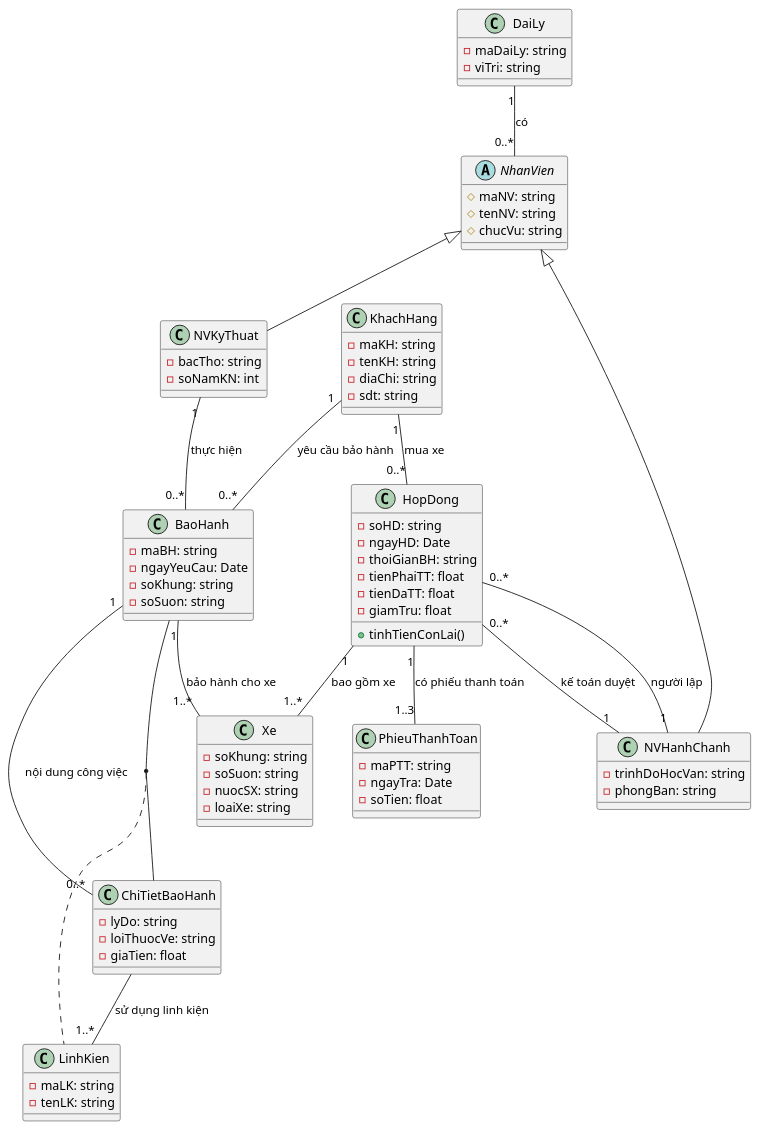
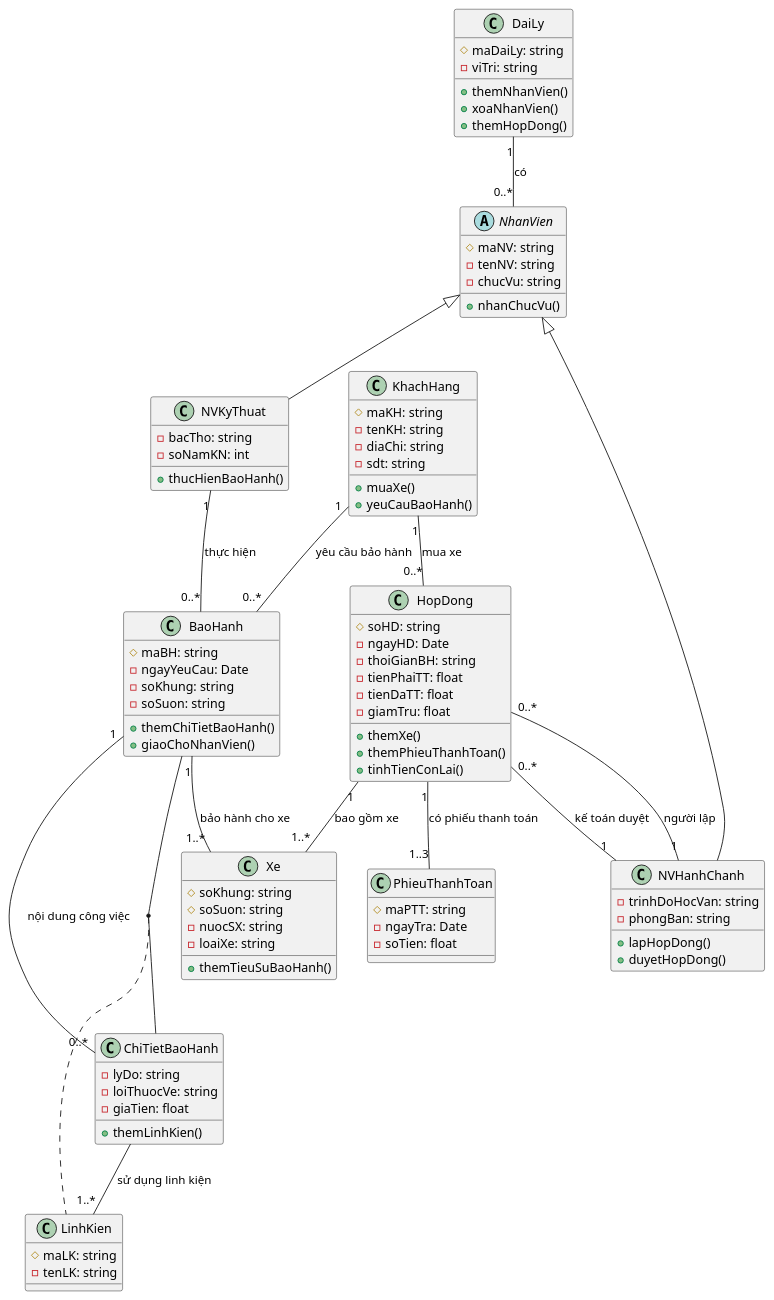
One commit to leanhvu21042001/LT.K2025.2-CNTT changed the diagram in uit/courses/IE103/exercises/BTQT2/assets/BTQT2_bai2-CD.puml. Above: the diagram before and after it, drawn with PlantUML.

```diff
--- a/uit/courses/IE103/exercises/BTQT2/assets/BTQT2_bai2-CD.puml
+++ b/uit/courses/IE103/exercises/BTQT2/assets/BTQT2_bai2-CD.puml
@@ -1,91 +1,106 @@
 @startuml
 
 ''skinparam classAttributeIconSize 0
 skinparam defaultFontName "Iosevka"
 
 class DaiLy {
-  - maDaiLy: string
+  # maDaiLy: string
   - viTri: string
+  + themNhanVien()
+  + xoaNhanVien()
+  + themHopDong()
 }
 
 ' --- Inheritance ---
 abstract class NhanVien {
   # maNV: string
-  # tenNV: string
-  # chucVu: string
+  - tenNV: string
+  - chucVu: string
+  + nhanChucVu()
 }
 class NVHanhChanh extends NhanVien {
   - trinhDoHocVan: string
   - phongBan: string
+  + lapHopDong()
+  + duyetHopDong()
 }
 class NVKyThuat extends NhanVien {
   - bacTho: string
   - soNamKN: int
+  + thucHienBaoHanh()
 }
 ' ------------------
 
 class KhachHang {
-  - maKH: string
+  # maKH: string
   - tenKH: string
   - diaChi: string
   - sdt: string
+  + muaXe()
+  + yeuCauBaoHanh()
 }
 
 class HopDong {
-  - soHD: string
+  # soHD: string
   - ngayHD: Date
   - thoiGianBH: string
   - tienPhaiTT: float
   - tienDaTT: float
   - giamTru: float
+  + themXe()
+  + themPhieuThanhToan()
   + tinhTienConLai()
 }
 
 class Xe {
-  - soKhung: string
-  - soSuon: string
+  # soKhung: string
+  # soSuon: string
   - nuocSX: string
   - loaiXe: string
+  + themTieuSuBaoHanh()
 }
 
 class PhieuThanhToan {
-  - maPTT: string
+  # maPTT: string
   - ngayTra: Date
   - soTien: float
 }
 
 class BaoHanh {
-  - maBH: string
+  # maBH: string
   - ngayYeuCau: Date
   - soKhung: string
   - soSuon: string
+  + themChiTietBaoHanh()
+  + giaoChoNhanVien()
 }
 
 class LinhKien {
-  - maLK: string
+  # maLK: string
   - tenLK: string
 }
 
 ' --- Association Class ---
 class ChiTietBaoHanh {
   - lyDo: string
   - loiThuocVe: string
   - giaTien: float
+  + themLinhKien()
 }
 
 ' --- Associations ---
 DaiLy "1" -- "0..*" NhanVien : "có"
 
 KhachHang "1" -- "0..*" HopDong : "mua xe"
 HopDong "0..*" -- "1" NVHanhChanh : "kế toán duyệt"
 HopDong "0..*" -- "1" NVHanhChanh : "người lập"
 HopDong "1" -- "1..*" Xe : "bao gồm xe"
 HopDong "1" -- "1..3" PhieuThanhToan : "có phiếu thanh toán"
 NVKyThuat "1" -- "0..*" BaoHanh : "thực hiện"
 
 KhachHang "1" -- "0..*" BaoHanh : "yêu cầu bảo hành"
 BaoHanh "1" -- "1..*" Xe : "bảo hành cho xe"
 (BaoHanh, ChiTietBaoHanh) .. LinhKien
 BaoHanh "1" -- "0..*" ChiTietBaoHanh: "nội dung công việc"
 ChiTietBaoHanh -- "1..*" LinhKien: "sử dụng linh kiện"
 @enduml
```
